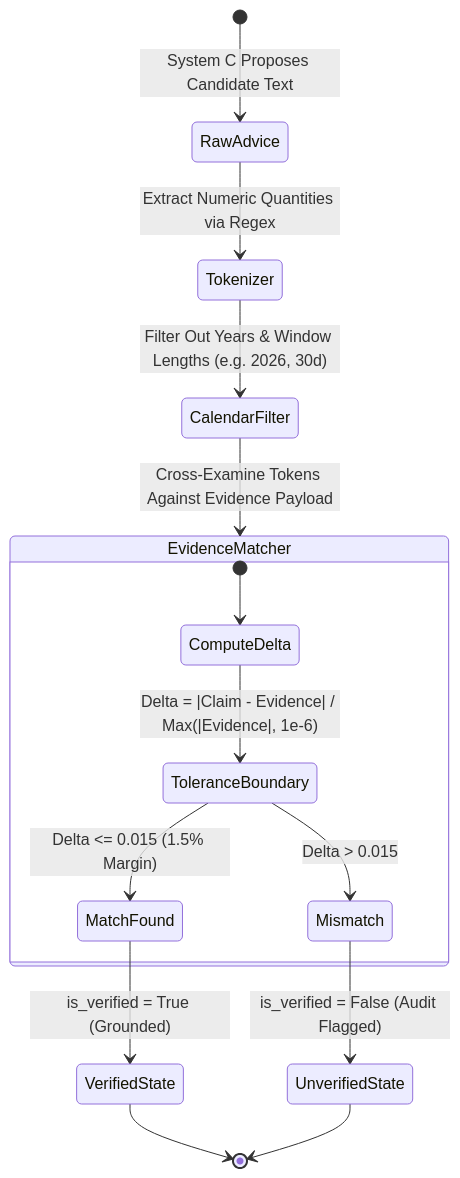
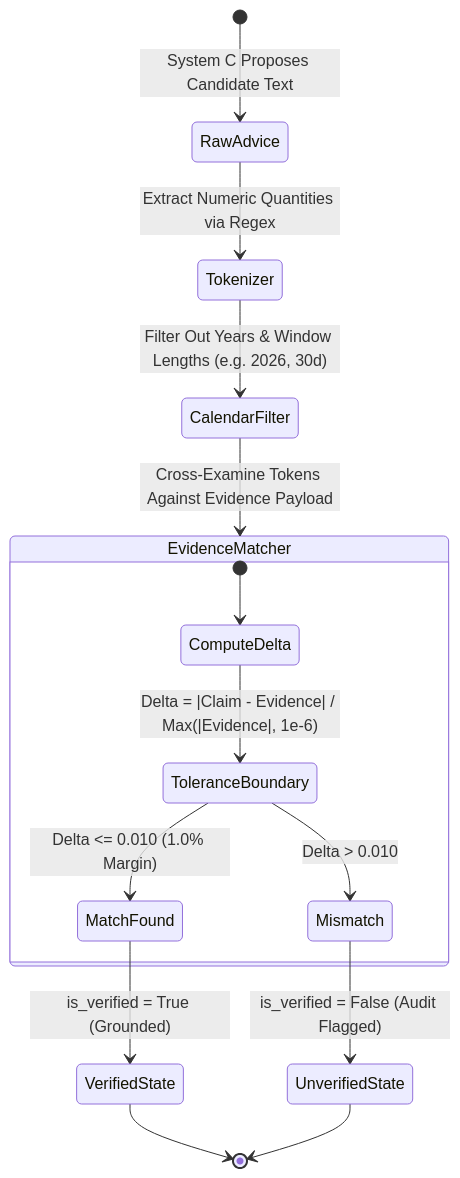
The second of 3 diagrams in docs/ARCHITECTURE.md (sriram36/FinSight), drawn with Mermaid before and after one commit. The commit also changed other lines of this file and 14 other files, not shown here.

````diff
--- a/docs/ARCHITECTURE.md
+++ b/docs/ARCHITECTURE.md
@@ -96,20 +96,20 @@
 ```mermaid
 stateDiagram-v2
     [*] --> RawAdvice: System C Proposes Candidate Text
     RawAdvice --> Tokenizer: Extract Numeric Quantities via Regex
     Tokenizer --> CalendarFilter: Filter Out Years & Window Lengths (e.g. 2026, 30d)
     CalendarFilter --> EvidenceMatcher: Cross-Examine Tokens Against Evidence Payload
     
     state EvidenceMatcher {
         [*] --> ComputeDelta
         ComputeDelta --> ToleranceBoundary: Delta = |Claim - Evidence| / Max(|Evidence|, 1e-6)
-        ToleranceBoundary --> MatchFound: Delta <= 0.015 (1.5% Margin)
-        ToleranceBoundary --> Mismatch: Delta > 0.015
+        ToleranceBoundary --> MatchFound: Delta <= 0.010 (1.0% Margin)
+        ToleranceBoundary --> Mismatch: Delta > 0.010
     }
 
     MatchFound --> VerifiedState: is_verified = True (Grounded)
     Mismatch --> UnverifiedState: is_verified = False (Audit Flagged)
 
     VerifiedState --> [*]
     UnverifiedState --> [*]
 ```
````
